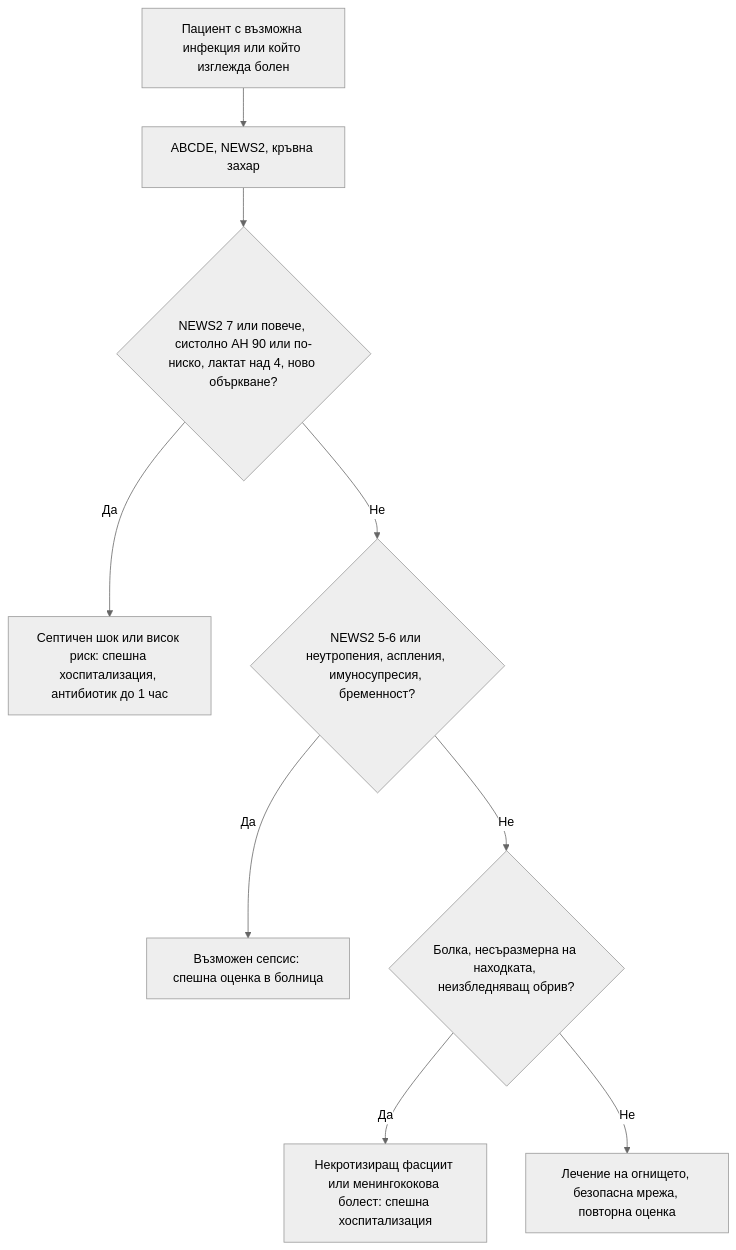
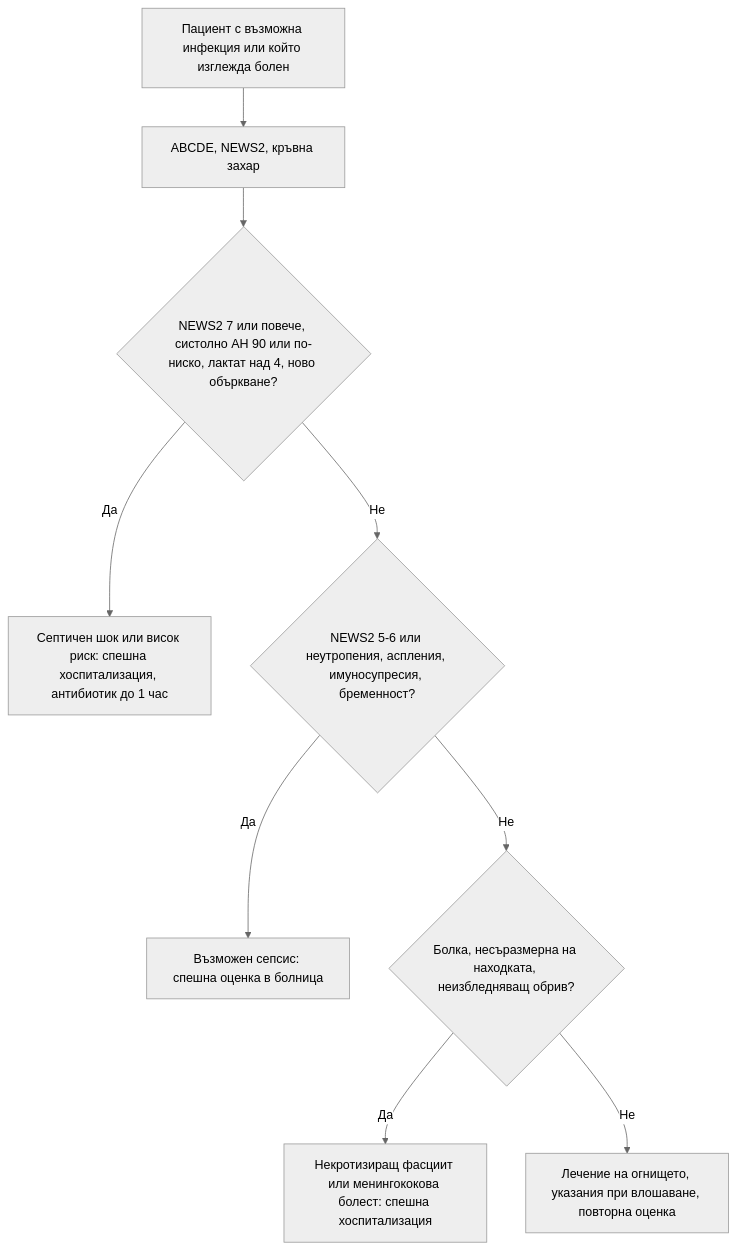
One commit to yancho26/yancho changed the diagram in glavi/77-sepsis.md. Above: the diagram before and after it, drawn with Mermaid (neutral theme). The commit also changed other lines of this file and 90 other files, not shown here.

````diff
--- a/glavi/77-sepsis.md
+++ b/glavi/77-sepsis.md
@@ -229,13 +229,13 @@
 ```mermaid
 flowchart TD
     accTitle: Диагностичен алгоритъм при подозрение за сепсис
     accDescr: Блок-схема. Начало: Пациент с възможна инфекция или който изглежда болен. Въпроси: NEWS2 7 или повече, систолно АН 90 или по-ниско, лактат над 4, ново объркване? · NEWS2 5-6 или неутропения, аспления, имуносупресия, бременност? · Болка, несъразмерна на находката, неизбледняващ обрив? Пълното текстово описание е под схемата.
     A["Пациент с възможна инфекция или който изглежда болен"] --> B["ABCDE, NEWS2, кръвна захар"]
     B --> C{"NEWS2 7 или повече, систолно АН 90 или по-ниско, лактат над 4, ново объркване?"}
     C -->|Да| D["Септичен шок или висок риск: спешна хоспитализация, антибиотик до 1 час"]
     C -->|Не| E{"NEWS2 5-6 или неутропения, аспления, имуносупресия, бременност?"}
     E -->|Да| F["Възможен сепсис: спешна оценка в болница"]
     E -->|Не| G{"Болка, несъразмерна на находката, неизбледняващ обрив?"}
     G -->|Да| H["Некротизиращ фасциит или менингококова болест: спешна хоспитализация"]
-    G -->|Не| I["Лечение на огнището, безопасна мрежа, повторна оценка"]
+    G -->|Не| I["Лечение на огнището, указания при влошаване, повторна оценка"]
 ```
````
